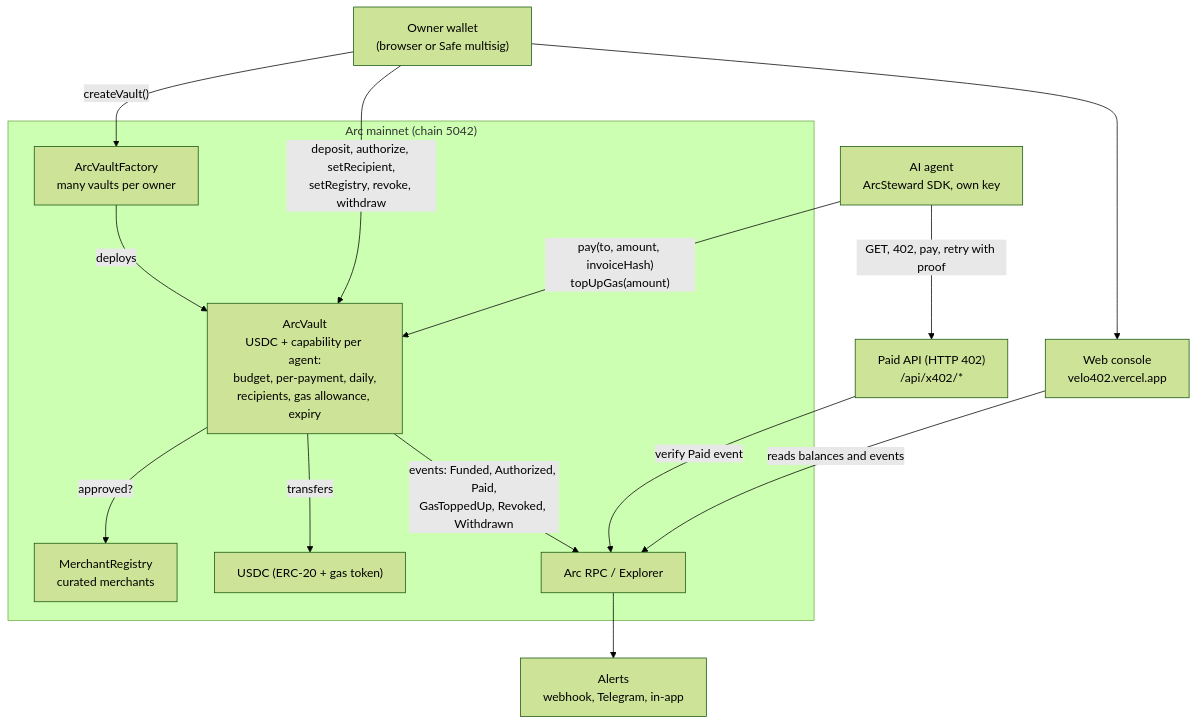
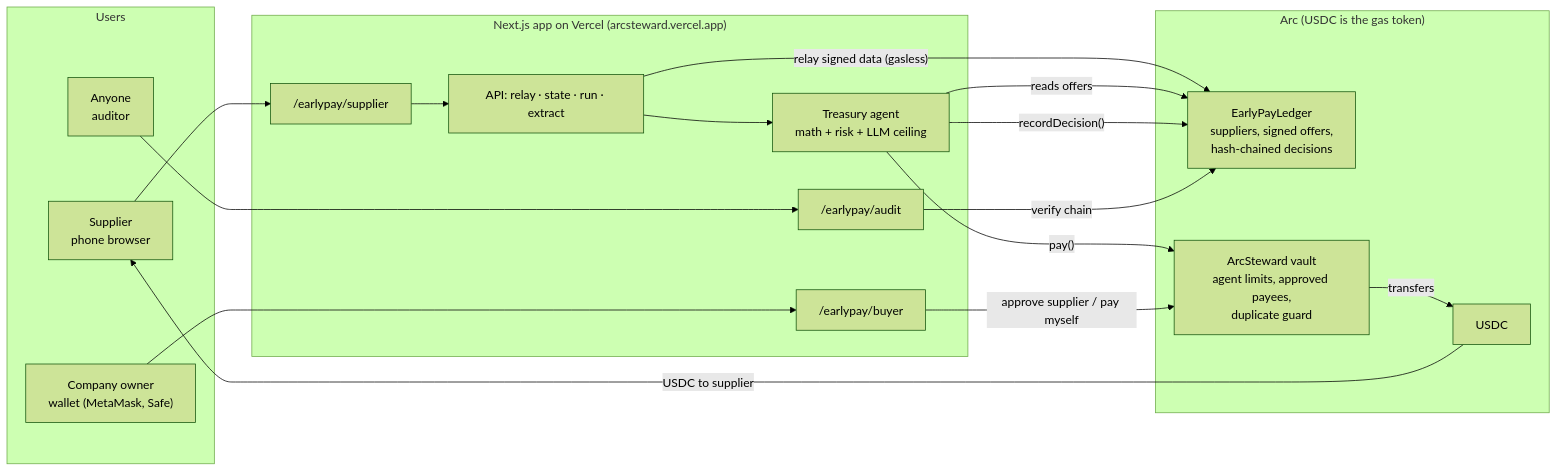
The third of 4 diagrams in README.md (Lakshmikanth-3/ArcSteward), drawn with Mermaid (forest theme) before and after one commit. The commit also changed other lines of this file, not shown here.

Commit message:
README: rewrite around EarlyPay with working flow, decision and architecture diagrams

````diff
--- a/README.md
+++ b/README.md
@@ -173,29 +97,35 @@
 ```mermaid
-flowchart TB
-  O["Owner wallet<br/>(browser or Safe multisig)"]
-  AG["AI agent<br/>ArcSteward SDK, own key"]
-  API["Paid API (HTTP 402)<br/>/api/x402/*"]
-  UI["Web console<br/>velo402.vercel.app"]
-  AL["Alerts<br/>webhook, Telegram, in-app"]
-
-  subgraph ARC["Arc mainnet (chain 5042)"]
-    F["ArcVaultFactory<br/>many vaults per owner"]
-    V["ArcVault<br/>USDC + capability per agent:<br/>budget, per-payment, daily,<br/>recipients, gas allowance, expiry"]
-    R["MerchantRegistry<br/>curated merchants"]
-    U["USDC (ERC-20 + gas token)"]
-    E["Arc RPC / Explorer"]
+flowchart LR
+  subgraph Users
+    S["Supplier<br/>phone browser"]
+    O["Company owner<br/>wallet (MetaMask, Safe)"]
+    P["Anyone<br/>auditor"]
   end
 
-  O -- "createVault()" --> F
-  F -- deploys --> V
-  O -- "deposit, authorize, setRecipient,<br/>setRegistry, revoke, withdraw" --> V
-  AG -- "pay(to, amount, invoiceHash)<br/>topUpGas(amount)" --> V
-  V -- "approved?" --> R
+  subgraph App["Next.js app on Vercel (arcsteward.vercel.app)"]
+    SU["/earlypay/supplier"]
+    BU["/earlypay/buyer"]
+    AU["/earlypay/audit"]
+    API["API: relay · state · run · extract"]
+    AG["Treasury agent<br/>math + risk + LLM ceiling"]
+  end
+
+  subgraph Arc["Arc (USDC is the gas token)"]
+    L["EarlyPayLedger<br/>suppliers, signed offers,<br/>hash-chained decisions"]
+    V["ArcSteward vault<br/>agent limits, approved payees,<br/>duplicate guard"]
+    U["USDC"]
+  end
+
+  S --> SU --> API
+  O --> BU
+  P --> AU
+  API -- "relay signed data (gasless)" --> L
+  API --> AG
+  AG -- reads offers --> L
+  AG -- "pay()" --> V
+  AG -- "recordDecision()" --> L
+  BU -- "approve supplier / pay myself" --> V
   V -- transfers --> U
-  AG -- "GET, 402, pay, retry with proof" --> API
-  API -- "verify Paid event" --> E
-  V -- "events: Funded, Authorized, Paid,<br/>GasToppedUp, Revoked, Withdrawn" --> E
-  UI -- "reads balances and events" --> E
-  O --> UI
-  E --> AL
+  U -- "USDC to supplier" --> S
+  AU -- "verify chain" --> L
 ```
````
